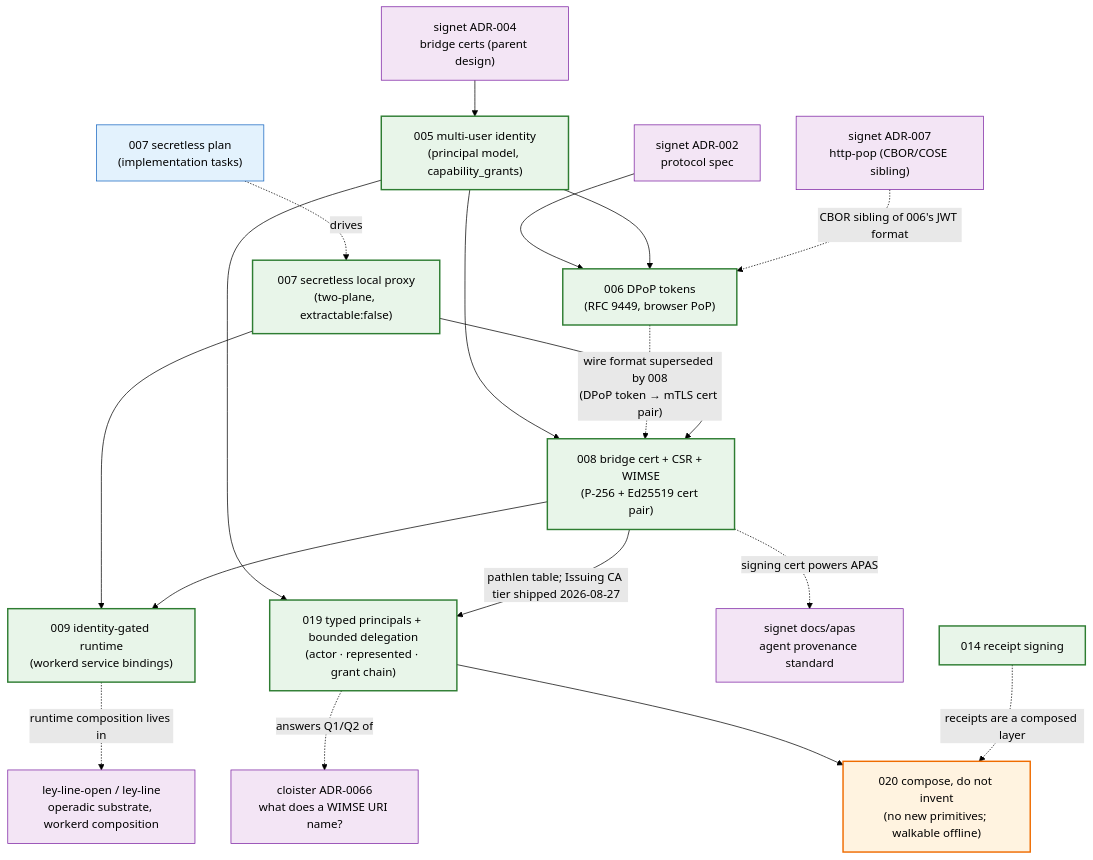
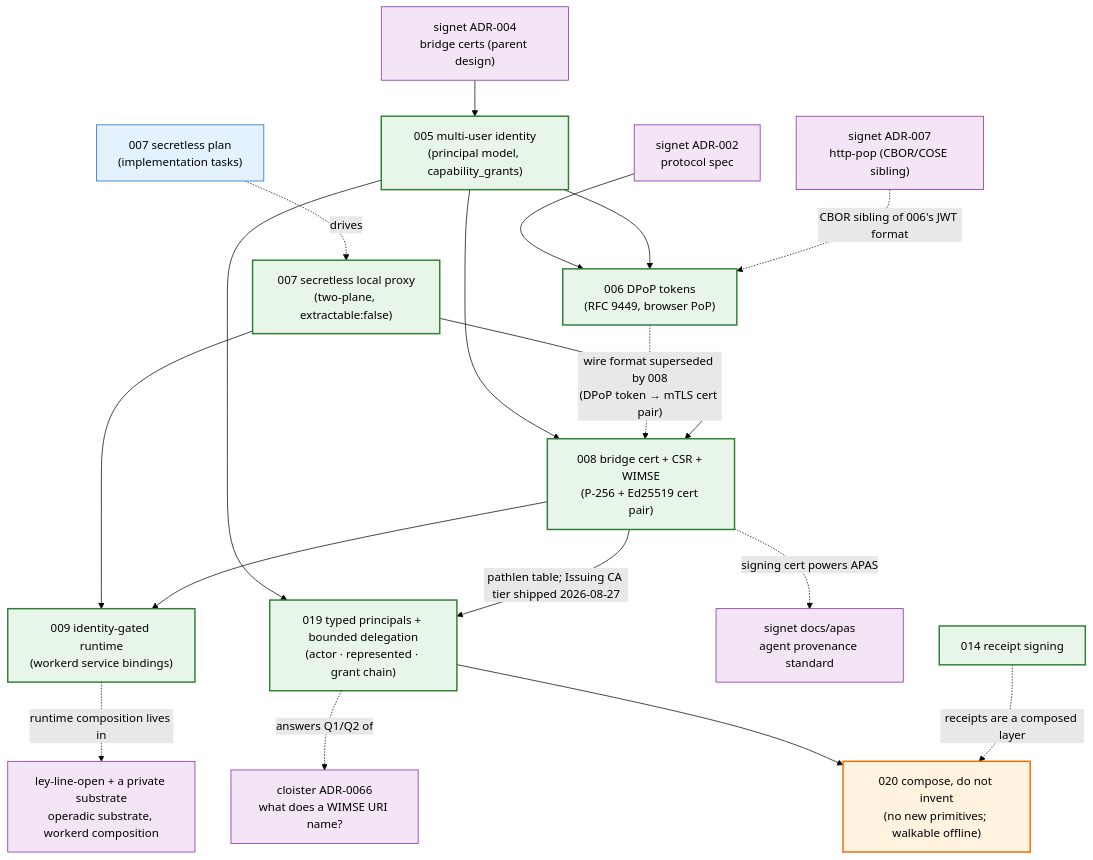
Before and after one commit to agentic-research/notme: the diagram in docs/README.md, drawn with Mermaid (forest theme). The commit also changed other lines of this file and 2 other files, not shown here.

First line of the commit message:
[notme-bed754] docs: the ordered plan to zero open beads; describe the private substrate generically

````diff
--- a/docs/README.md
+++ b/docs/README.md
@@ -37,42 +37,42 @@
 ```mermaid
 graph TD
     classDef accepted fill:#e8f5e9,stroke:#2e7d32,stroke-width:2px,color:#000
     classDef proposed fill:#fff3e0,stroke:#ef6c00,stroke-width:2px,color:#000
     classDef plan fill:#e3f2fd,stroke:#1565c0,stroke-width:1px,color:#000
     classDef external fill:#f3e5f5,stroke:#7b1fa2,stroke-width:1px,color:#000
 
     A005["005 multi-user identity<br/>(principal model, capability_grants)"]:::accepted
     A006["006 DPoP tokens<br/>(RFC 9449, browser PoP)"]:::accepted
     A007D["007 secretless local proxy<br/>(two-plane, extractable:false)"]:::accepted
     A007P["007 secretless plan<br/>(implementation tasks)"]:::plan
     A008["008 bridge cert + CSR + WIMSE<br/>(P-256 + Ed25519 cert pair)"]:::accepted
     A009["009 identity-gated runtime<br/>(workerd service bindings)"]:::accepted
     A019["019 typed principals + bounded delegation<br/>(actor · represented · grant chain)"]:::accepted
     A020["020 compose, do not invent<br/>(no new primitives; walkable offline)"]:::proposed
 
     SIG004["signet ADR-004<br/>bridge certs (parent design)"]:::external
     SIG002["signet ADR-002<br/>protocol spec"]:::external
     SIG007["signet ADR-007<br/>http-pop (CBOR/COSE sibling)"]:::external
     APAS["signet docs/apas<br/>agent provenance standard"]:::external
-    LL["ley-line-open / ley-line<br/>operadic substrate, workerd composition"]:::external
+    LL["ley-line-open + a private substrate<br/>operadic substrate, workerd composition"]:::external
 
     SIG004 --> A005
     SIG002 --> A006
     A005 --> A006
     A005 --> A008
     A006 -.->|"wire format superseded by 008<br/>(DPoP token → mTLS cert pair)"| A008
     A007D --> A008
     A007D --> A009
     A008 --> A009
     A007P -. drives .-> A007D
     SIG007 -.->|"CBOR sibling of 006's JWT format"| A006
     A008 -.->|"signing cert powers APAS"| APAS
     A009 -.->|"runtime composition lives in"| LL
     A005 --> A019
     A008 -->|"pathlen table; Issuing CA tier shipped 2026-08-27"| A019
     A019 -.->|"answers Q1/Q2 of"| CL0066
     A019 --> A020
     A014 -.->|"receipts are a composed layer"| A020
     CL0066["cloister ADR-0066<br/>what does a WIMSE URI name?"]:::external
     A014["014 receipt signing"]:::accepted
 ```
````
